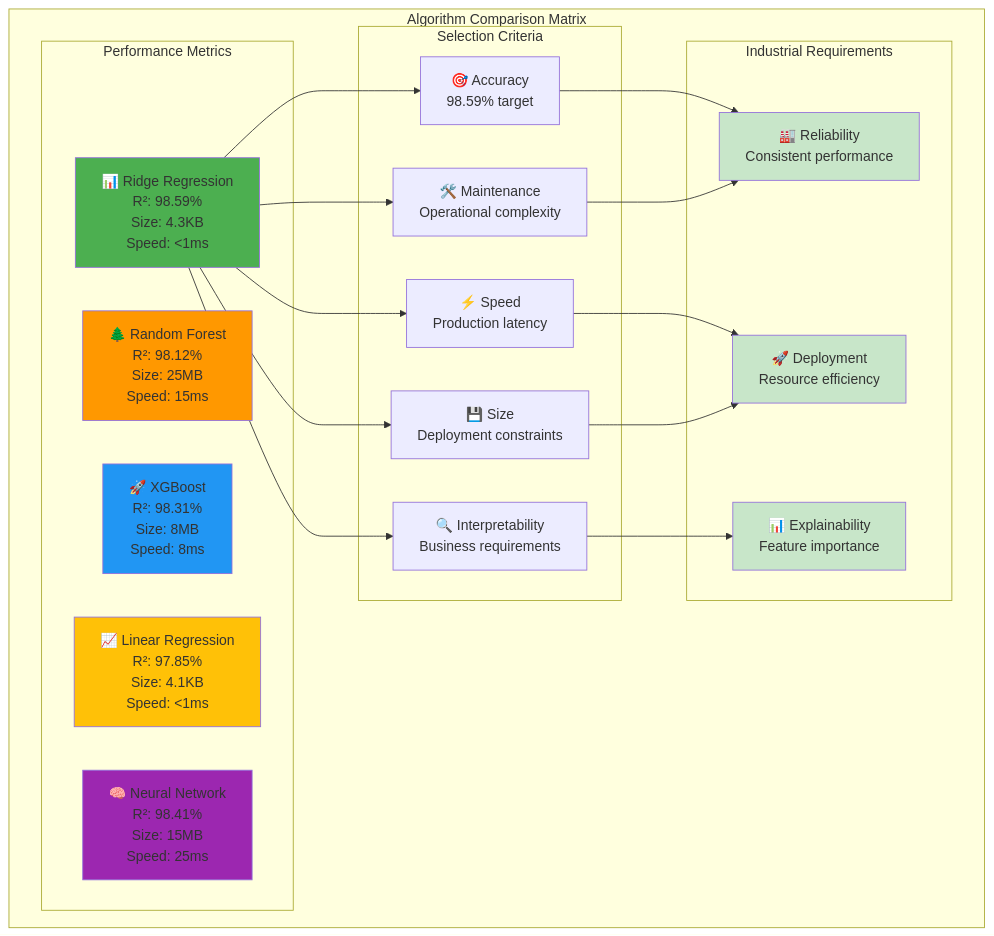
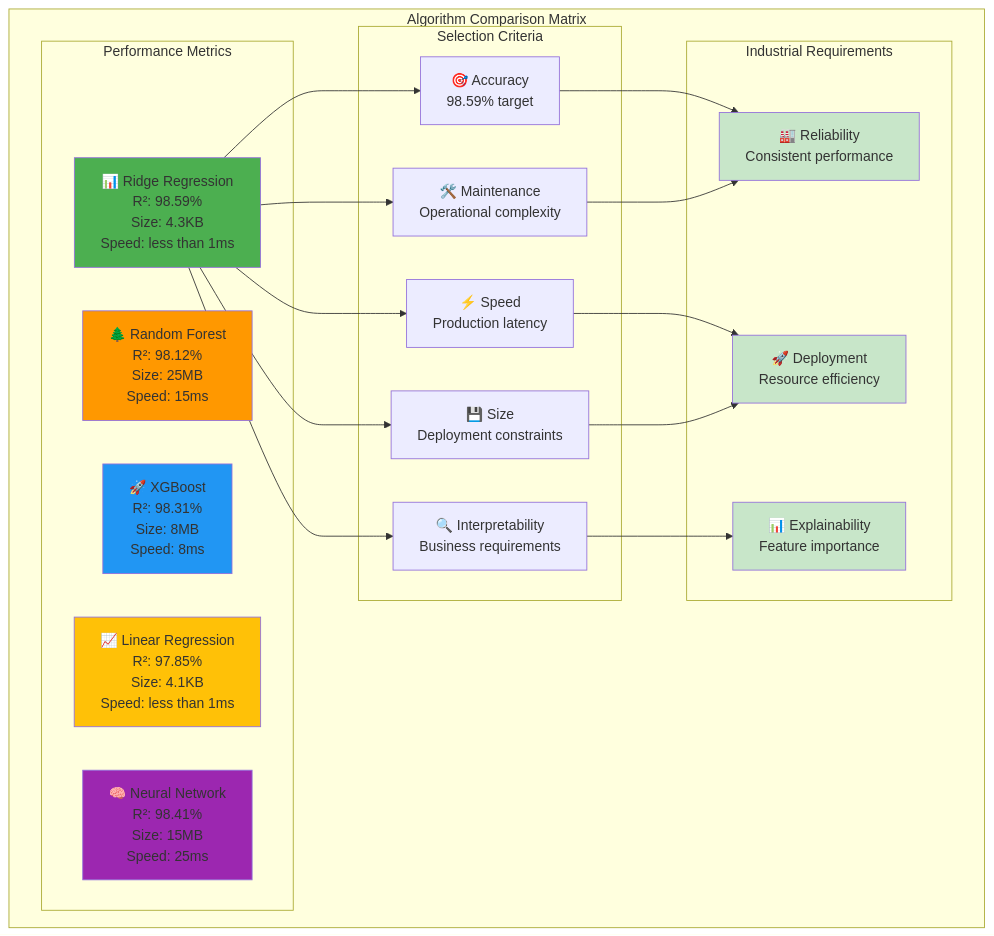
One commit to GameHelix/centipede changed the sixth of 17 diagrams in README.md. Above: the diagram before and after it, drawn with Mermaid. The commit also changed other lines of this file, not shown here.

````diff
--- a/README.md
+++ b/README.md
@@ -321,47 +321,47 @@
 ```mermaid
 graph TB
     subgraph "Algorithm Comparison Matrix"
         subgraph "Performance Metrics"
-            A[📊 Ridge Regression<br/>R²: 98.59%<br/>Size: 4.3KB<br/>Speed: <1ms]
+            A[📊 Ridge Regression<br/>R²: 98.59%<br/>Size: 4.3KB<br/>Speed: less than 1ms]
             B[🌲 Random Forest<br/>R²: 98.12%<br/>Size: 25MB<br/>Speed: 15ms]
             C[🚀 XGBoost<br/>R²: 98.31%<br/>Size: 8MB<br/>Speed: 8ms]
-            D[📈 Linear Regression<br/>R²: 97.85%<br/>Size: 4.1KB<br/>Speed: <1ms]
+            D[📈 Linear Regression<br/>R²: 97.85%<br/>Size: 4.1KB<br/>Speed: less than 1ms]
             E[🧠 Neural Network<br/>R²: 98.41%<br/>Size: 15MB<br/>Speed: 25ms]
         end
         
         subgraph "Selection Criteria"
             F[🎯 Accuracy<br/>98.59% target]
             G[⚡ Speed<br/>Production latency]
             H[💾 Size<br/>Deployment constraints]
             I[🔍 Interpretability<br/>Business requirements]
             J[🛠️ Maintenance<br/>Operational complexity]
         end
         
         subgraph "Industrial Requirements"
             K[🏭 Reliability<br/>Consistent performance]
             L[📊 Explainability<br/>Feature importance]
             M[🚀 Deployment<br/>Resource efficiency]
         end
     end
     
     A --> F
     A --> G
     A --> H
     A --> I
     A --> J
     
     F --> K
     G --> M
     H --> M
     I --> L
     J --> K
     
     style A fill:#4caf50
     style B fill:#ff9800
     style C fill:#2196f3
     style D fill:#ffc107
     style E fill:#9c27b0
     style K fill:#c8e6c9
     style L fill:#c8e6c9
     style M fill:#c8e6c9
 ```
````
